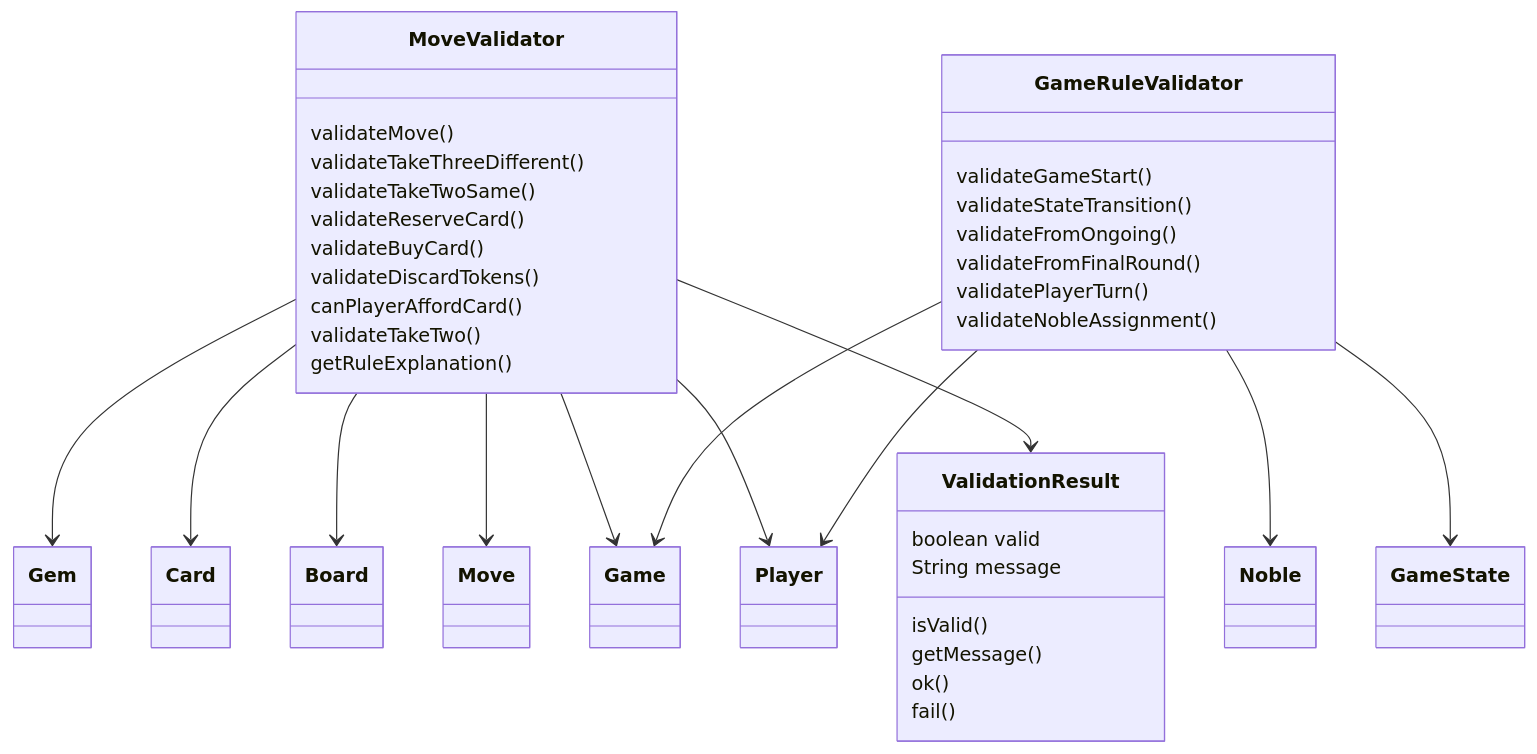
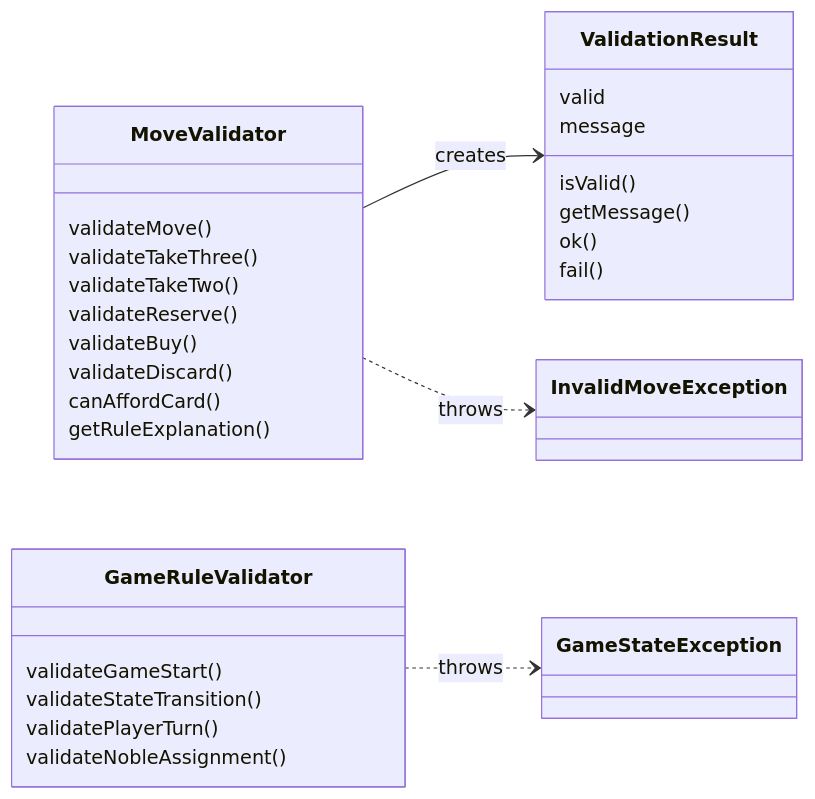
The fourth of 7 diagrams in ALL.md (bryanseah234/playsplendor), drawn with Mermaid before and after one commit. The commit also changed other lines of this file, not shown here.

````diff
--- a/ALL.md
+++ b/ALL.md
@@ -287,45 +327,35 @@
 ```mermaid
 classDiagram
+    direction LR
+    
     class MoveValidator {
         validateMove()
-        validateTakeThreeDifferent()
-        validateTakeTwoSame()
-        validateReserveCard()
-        validateBuyCard()
-        validateDiscardTokens()
-        canPlayerAffordCard()
+        validateTakeThree()
         validateTakeTwo()
+        validateReserve()
+        validateBuy()
+        validateDiscard()
+        canAffordCard()
         getRuleExplanation()
     }
     
     class GameRuleValidator {
         validateGameStart()
         validateStateTransition()
-        validateFromOngoing()
-        validateFromFinalRound()
         validatePlayerTurn()
         validateNobleAssignment()
     }
     
     class ValidationResult {
-        boolean valid
-        String message
+        valid
+        message
         isValid()
         getMessage()
         ok()
         fail()
     }
     
-    MoveValidator --> ValidationResult
-    MoveValidator --> Move
-    MoveValidator --> Player
-    MoveValidator --> Game
-    MoveValidator --> Board
-    MoveValidator --> Card
-    MoveValidator --> Gem
-    
-    GameRuleValidator --> GameState
-    GameRuleValidator --> Game
-    GameRuleValidator --> Player
-    GameRuleValidator --> Noble
+    MoveValidator --> ValidationResult : creates
+    MoveValidator ..> InvalidMoveException : throws
+    GameRuleValidator ..> GameStateException : throws
 ```
````
